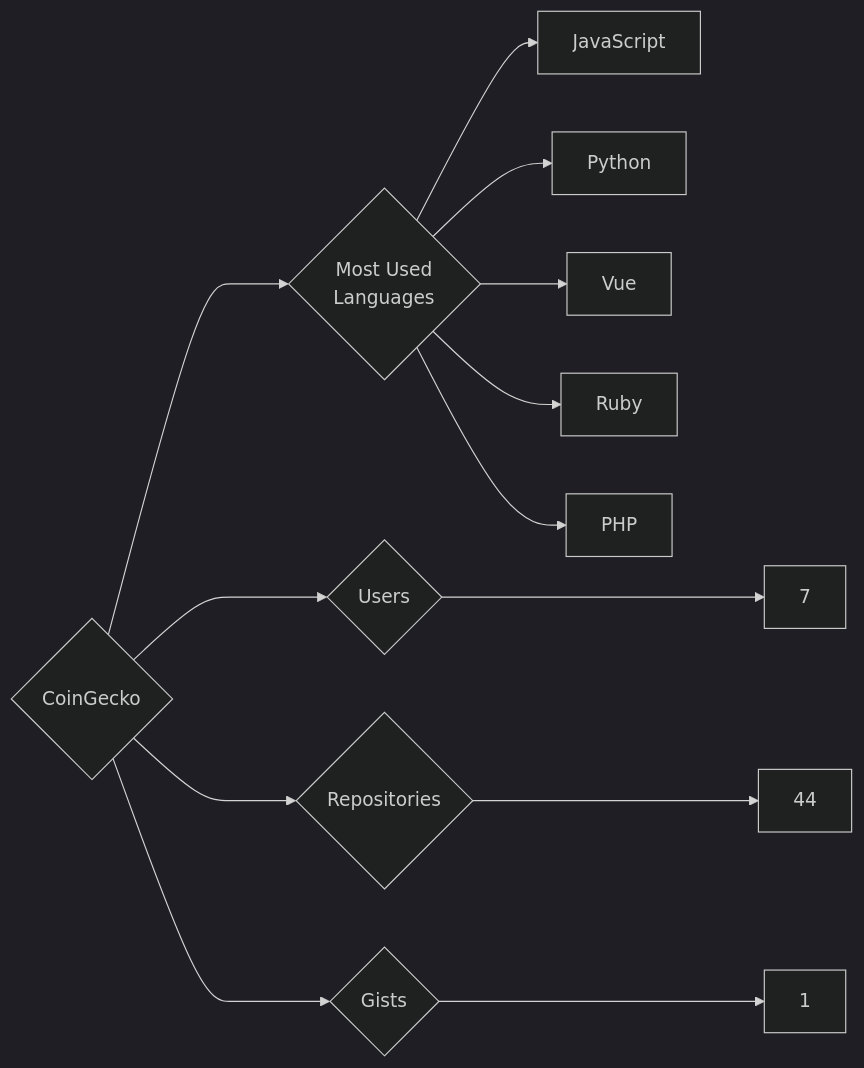
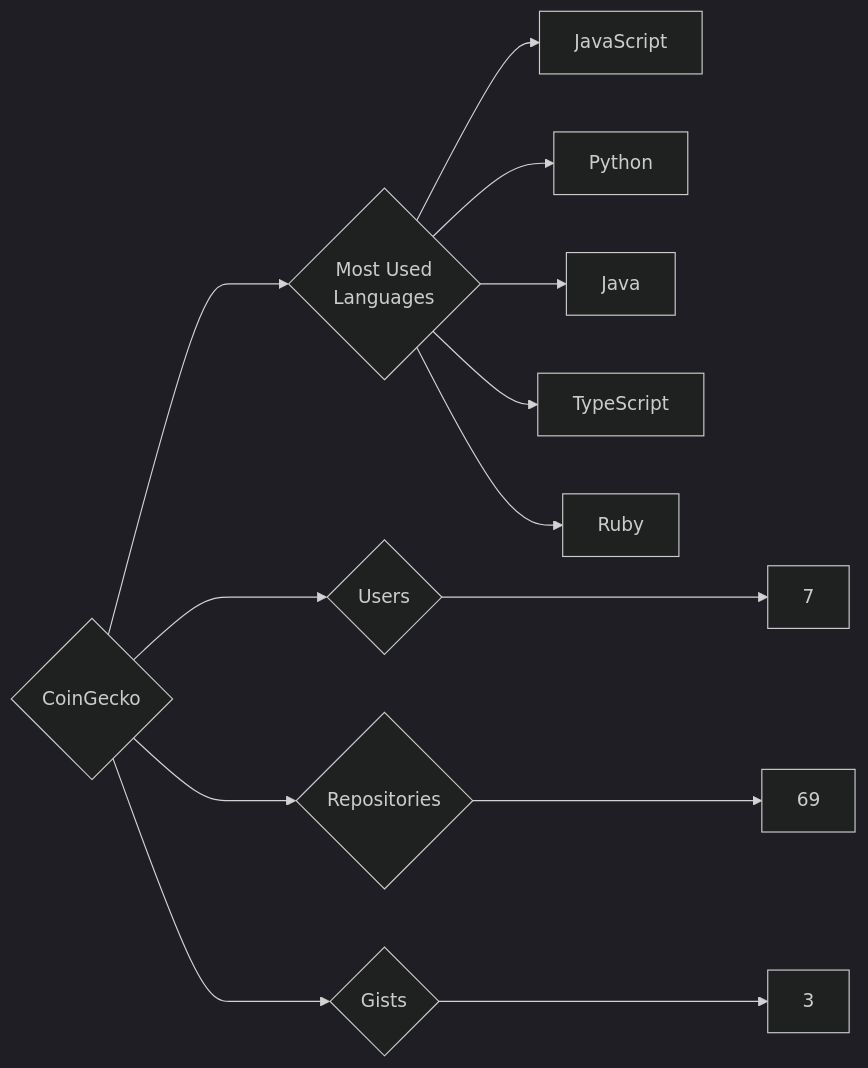
The diagram in targets/CoinGecko/README.md (trickest/insiders), drawn with Mermaid (dark theme) before and after one commit. The commit also changed 1084 other files, not shown here.

````diff
--- a/targets/CoinGecko/README.md
+++ b/targets/CoinGecko/README.md
@@ -3,13 +3,13 @@
 ```mermaid
 graph LR
 COMPANY_NAME{CoinGecko}
 COMPANY_NAME ---> U{Users} ---> UN[7]
-COMPANY_NAME ---> R{Repositories} ---> RN[44]
-COMPANY_NAME ---> G{Gists} ---> GN[1]
+COMPANY_NAME ---> R{Repositories} ---> RN[69]
+COMPANY_NAME ---> G{Gists} ---> GN[3]
 COMPANY_NAME ---> ML{Most Used<br>Languages}
 ML --> JavaScript[JavaScript]
 ML --> Python[Python]
-ML --> Vue[Vue]
+ML --> Java[Java]
+ML --> TypeScript[TypeScript]
 ML --> Ruby[Ruby]
-ML --> PHP[PHP]
 ```
````
